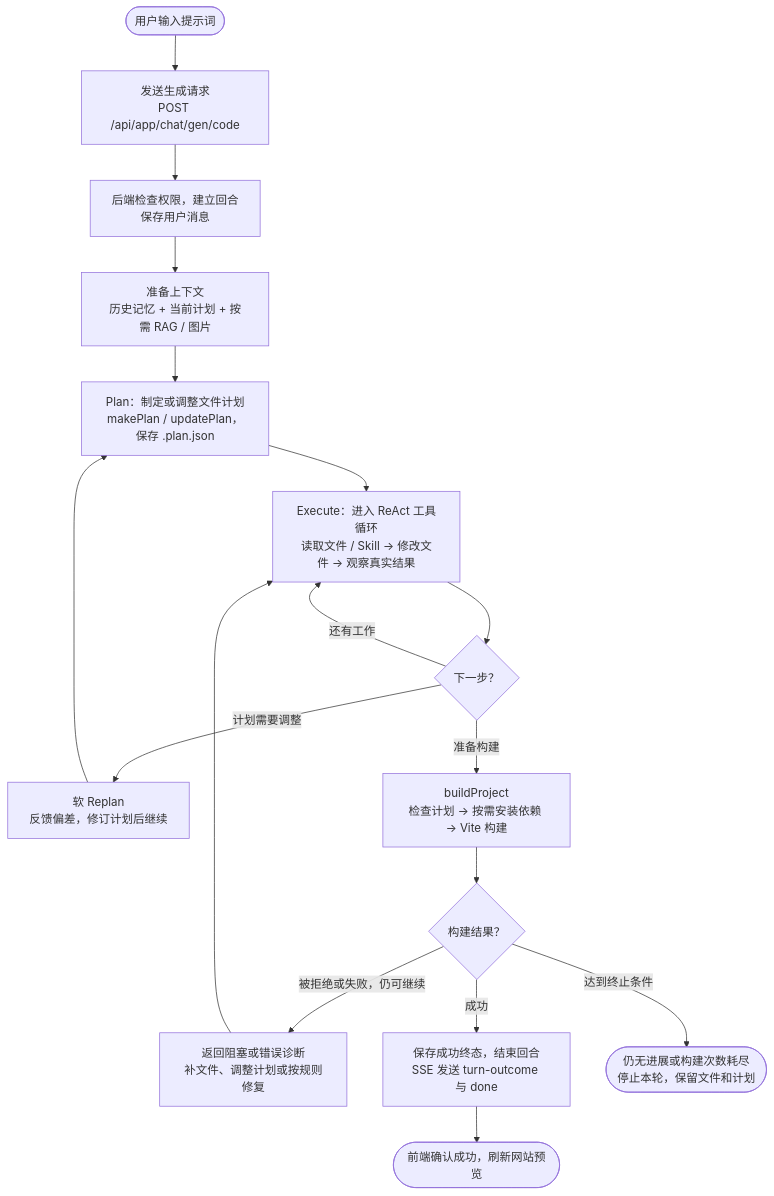
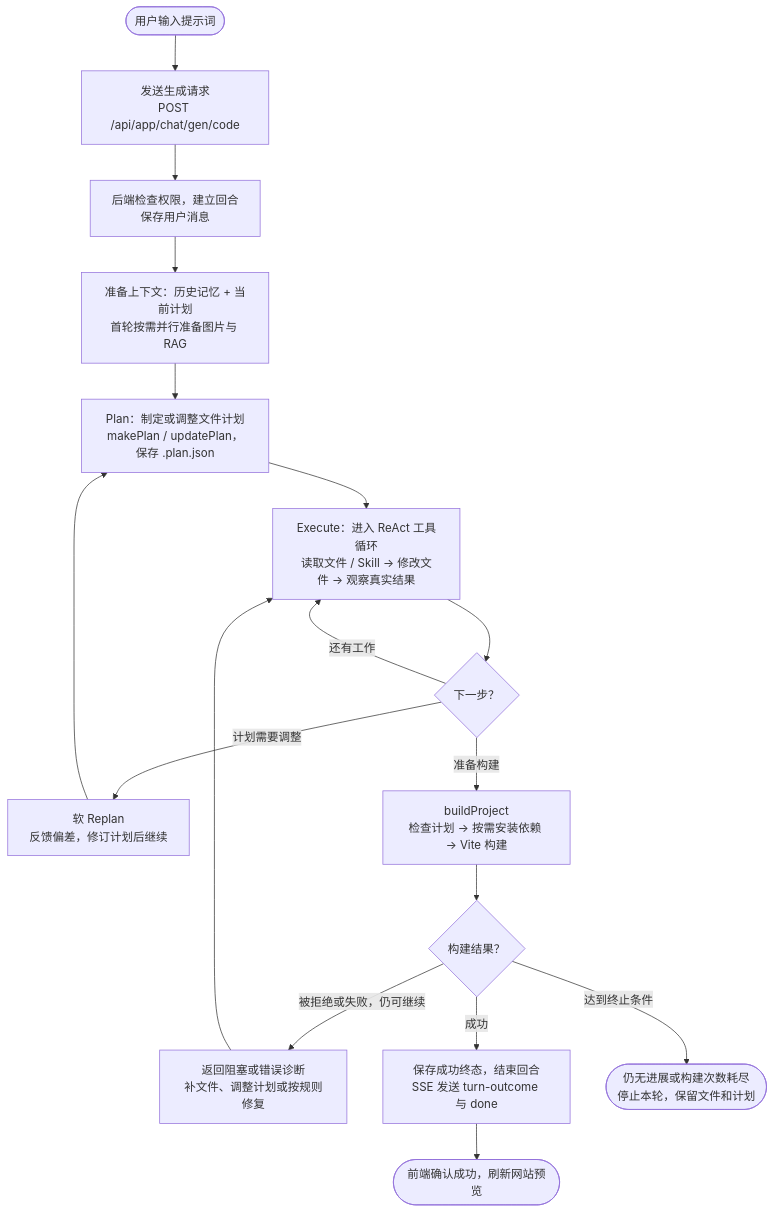
One commit to lywnl/ai-app-generation changed the first of 2 diagrams in README.md. Above: the diagram before and after it, drawn with Mermaid. The commit also changed other lines of this file and 30 other files, not shown here.

````diff
--- a/README.md
+++ b/README.md
@@ -35,26 +37,26 @@
 ```mermaid
 flowchart TD
     USER(["用户输入提示词"])
     ENTRY["发送生成请求<br/>POST /api/app/chat/gen/code"]
     CHECK["后端检查权限，建立回合<br/>保存用户消息"]
-    CONTEXT["准备上下文<br/>历史记忆 + 当前计划 + 按需 RAG / 图片"]
+    CONTEXT["准备上下文：历史记忆 + 当前计划<br/>首轮按需并行准备图片与 RAG"]
     PLAN["Plan：制定或调整文件计划<br/>makePlan / updatePlan，保存 .plan.json"]
     EXEC["Execute：进入 ReAct 工具循环<br/>读取文件 / Skill → 修改文件 → 观察真实结果"]
     NEXT{"下一步？"}
     REPLAN["软 Replan<br/>反馈偏差，修订计划后继续"]
     BUILD["buildProject<br/>检查计划 → 按需安装依赖 → Vite 构建"]
     RESULT{"构建结果？"}
     FIX["返回阻塞或错误诊断<br/>补文件、调整计划或按规则修复"]
     SUCCESS["保存成功终态，结束回合<br/>SSE 发送 turn-outcome 与 done"]
     PREVIEW(["前端确认成功，刷新网站预览"])
     STOP(["仍无进展或构建次数耗尽<br/>停止本轮，保留文件和计划"])
 
     USER --> ENTRY --> CHECK --> CONTEXT --> PLAN --> EXEC
     EXEC --> NEXT
     NEXT -->|"还有工作"| EXEC
     NEXT -->|"计划需要调整"| REPLAN --> PLAN
     NEXT -->|"准备构建"| BUILD --> RESULT
     RESULT -->|"被拒绝或失败，仍可继续"| FIX --> EXEC
     RESULT -->|"达到终止条件"| STOP
     RESULT -->|"成功"| SUCCESS --> PREVIEW
 ```
````
